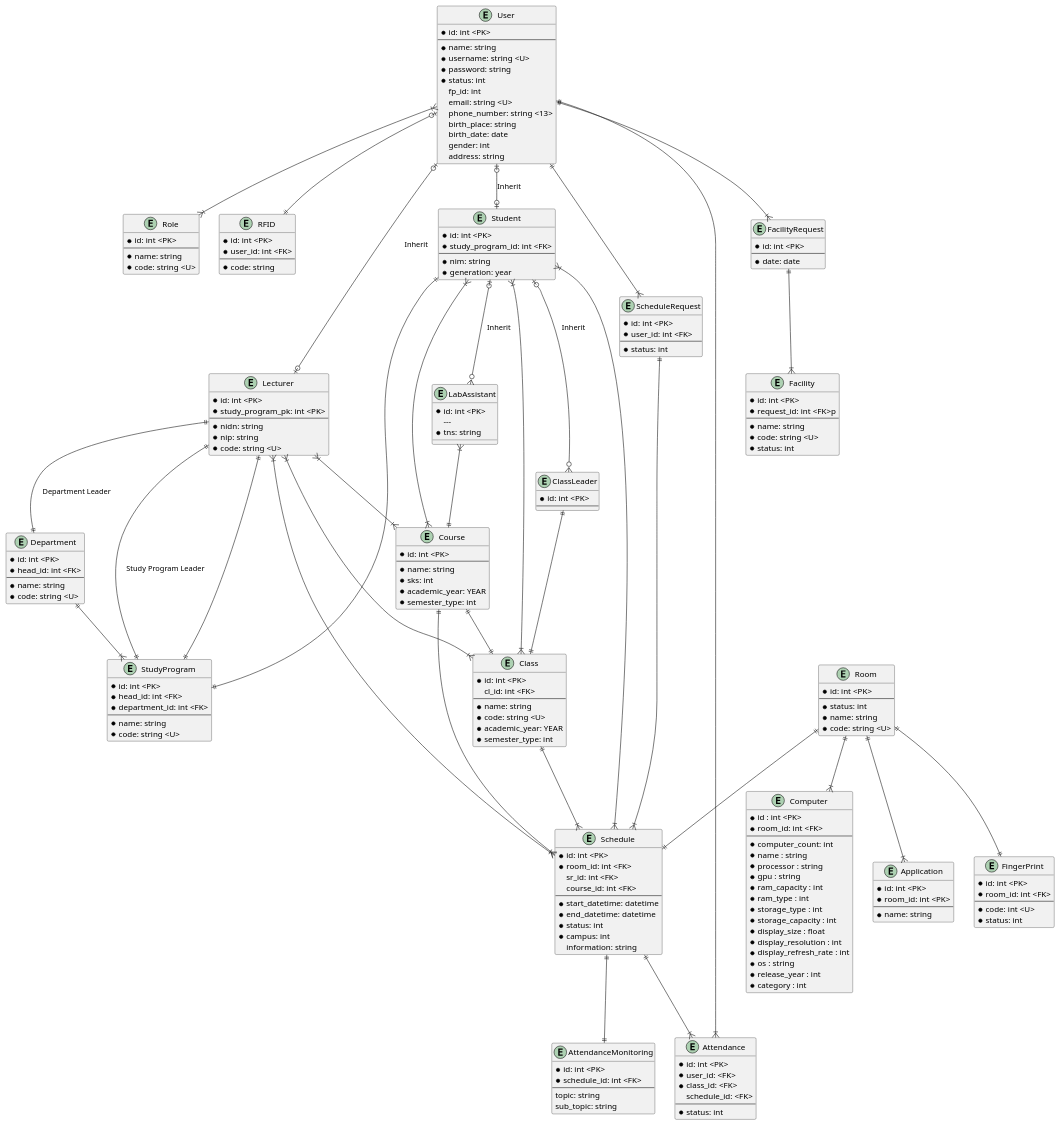
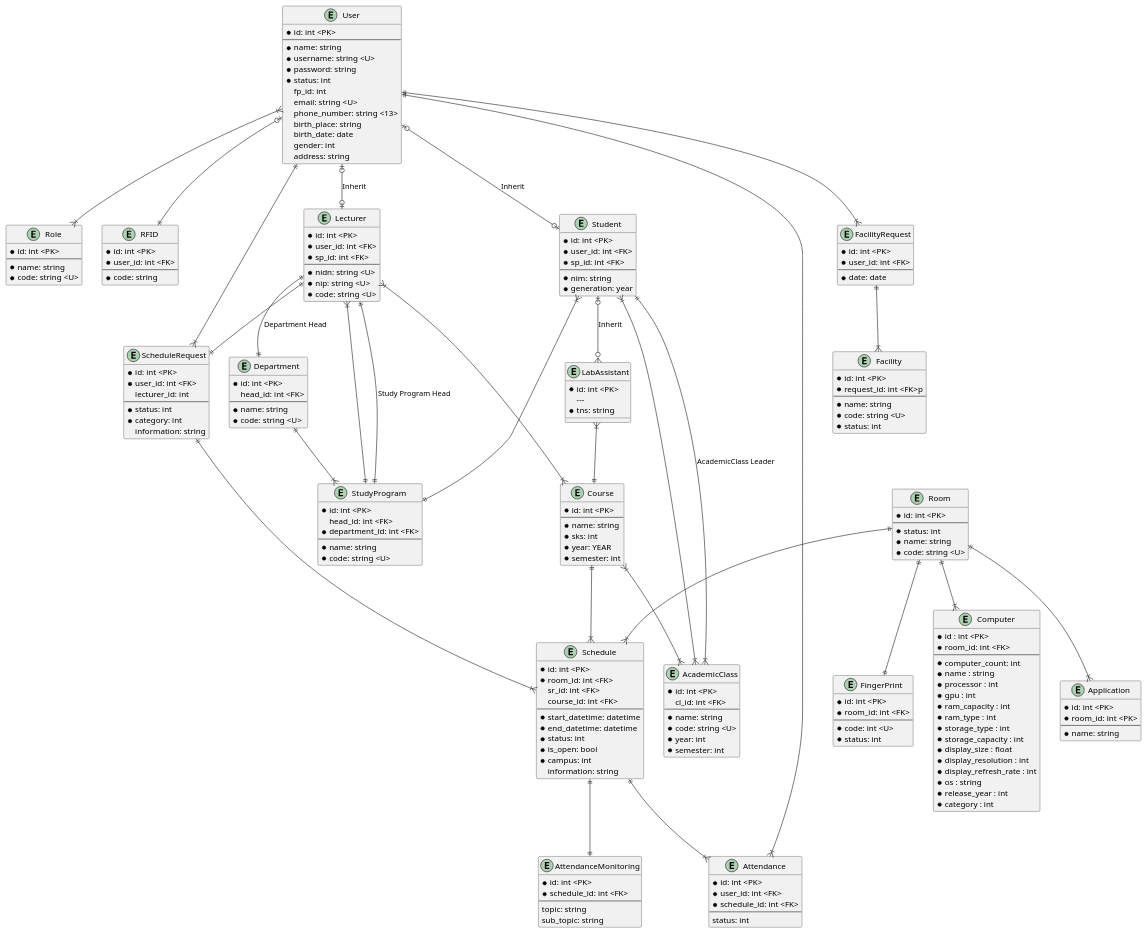
Before and after one commit to codebaradev/Simlab: the diagram in docs/erd.plantuml, drawn with PlantUML. The commit also changed 1 other file, not shown here.

Commit message:
feat: Change ERD and Readme

```diff
--- a/docs/erd.plantuml
+++ b/docs/erd.plantuml
@@ -43,25 +43,27 @@
 
 entity "Lecturer" as lecturer {
     * id: int <PK>
-    * study_program_pk: int <PK>
+    * user_id: int <FK>
+    * sp_id: int <FK>
     ---
-    * nidn: string
-    * nip: string
+    * nidn: string <U>
+    * nip: string <U>
     * code: string <U>
 }
 
 entity "Student" as student {
     * id: int <PK>
-    * study_program_id: int <FK>
+    * user_id: int <FK>
+    * sp_id: int <FK>
     ---
     * nim: string
     * generation: year  
 }
 
-entity "ClassLeader" as class_leader {
-    * id: int <PK>
-    ---
-}
+' entity "ClassLeader" as class_leader {
+'     * id: int <PK>
+'     ---
+' }
 
 entity LabAssistant {
     * id: int <PK>
@@ -73,7 +75,7 @@
 
 entity "Department" as department {
     * id: int <PK>
-    * head_id: int <FK>
+    head_id: int <FK>
     ---
     * name: string
     * code: string <U>
@@ -81,7 +83,7 @@
 
 entity "StudyProgram" as study_program {
     * id: int <PK>
-    * head_id: int <FK> 
+    head_id: int <FK> 
     * department_id: int <FK>
     ---
     * name: string
@@ -93,21 +95,21 @@
     ---
     * name: string
     * sks: int
-    * academic_year: YEAR
-    * semester_type: int
+    * year: YEAR
+    * semester: int
 } 
 
 entity "Attendance" as attendance {
     * id: int <PK>
-    * user_id: <FK>
-    * class_id: <FK>
-    schedule_id: <FK>
+    * user_id: int <FK>
+    * schedule_id: int <FK>
     ---
-    * status: int
+    status: int
 }
 
 entity "FacilityRequest" as facility_request {
     * id: int <PK>
+    * user_id: int <FK>
     ---
     * date: date 
 }
@@ -124,8 +126,11 @@
 entity ScheduleRequest {
     * id: int <PK>
     * user_id: int <FK>
+    lecturer_id: int
     ---
     * status: int    
+    * category: int 
+    information: string
 }
 
 entity "Schedule" as schedule {
@@ -137,6 +142,7 @@
     * start_datetime: datetime
     * end_datetime: datetime
     * status: int
+    * is_open: bool
     * campus: int
     information: string
 }
@@ -149,14 +155,14 @@
     sub_topic: string
 }
 
-entity "Class" as class {
+entity " AcademicClass" as AcademicClass {
     * id: int <PK>
     cl_id: int <FK>
     ---
     * name: string
     * code: string <U>
-    * academic_year: YEAR
-    * semester_type: int
+    * year: int
+    * semester: int
 }
 
 entity "Room" as room {
@@ -167,17 +173,16 @@
     * code: string <U>
 }
 
-' TODO: NIDN kode nama prodi dosen
-' TODO: nim nama kelas status (asleb, dibanned)
 
+    
 entity Computer {
     * id : int <PK>
     * room_id: int <FK>
     ---
     * computer_count: int
     * name : string
-    * processor : string
-    * gpu : string
+    * processor : int
+    * gpu : int
     * ram_capacity : int
     * ram_type : int
     * storage_type : int
@@ -200,8 +205,8 @@
 ' StudyProgram and Department
 
 department ||--|{ study_program
-lecturer ||--|| study_program
-student ||--|| study_program
+lecturer }|--|| study_program
+student }|--|| study_program
 
 ' Roles
 
@@ -209,28 +214,26 @@
 
 user |o--o| lecturer: "Inherit"
 user |o--o| student: "Inherit"
-student |o--o{ class_leader: "Inherit"
 student |o--o{ LabAssistant: "Inherit"
-lecturer ||--|| department: "Department Leader"
-lecturer ||--|| study_program: "Study Program Leader"
+lecturer ||--|| department: "Department Head"
+lecturer ||--|| study_program: "Study Program Head"
 
 
 user |o--|| RFID
 
-' class
+' AcademicClass
 
-student }|--|{ class: ""
-lecturer }|--|{ class: ""
-class_leader ||--|| class: ""
+student }|--|{ AcademicClass: ""
+student ||--|{ AcademicClass: "AcademicClass Leader"
 
 ' Schedule
 
 user ||--|{ ScheduleRequest
+lecturer ||--|| ScheduleRequest
 ScheduleRequest ||--|{ schedule
-lecturer }|--|{ schedule: ""
-student }|--|{ schedule: ""
-room ||--||schedule: ""
-class ||--|{ schedule:""
+' lecturer }|--|{ schedule: ""
+' student }|--|{ schedule: ""
+room ||--|{ schedule: ""
 course ||--|{ schedule:""
 schedule ||--|| AttendanceMonitoring
 
@@ -243,8 +246,7 @@
 
 LabAssistant }|--|| course
 lecturer }|--|{ course: ""
-student }|--|{ course: ""
-course ||--|| class
+course }|--|{ AcademicClass
 
 ' Room
 
```
